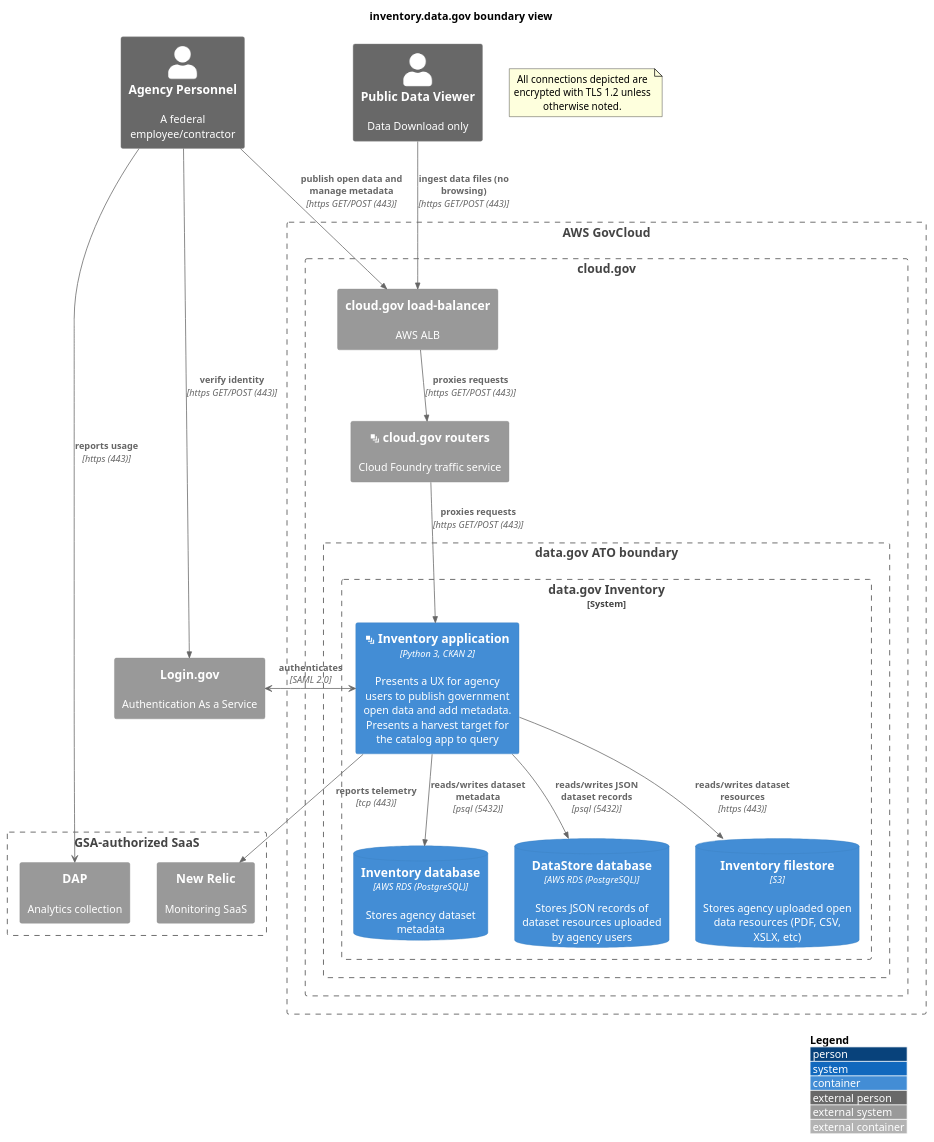
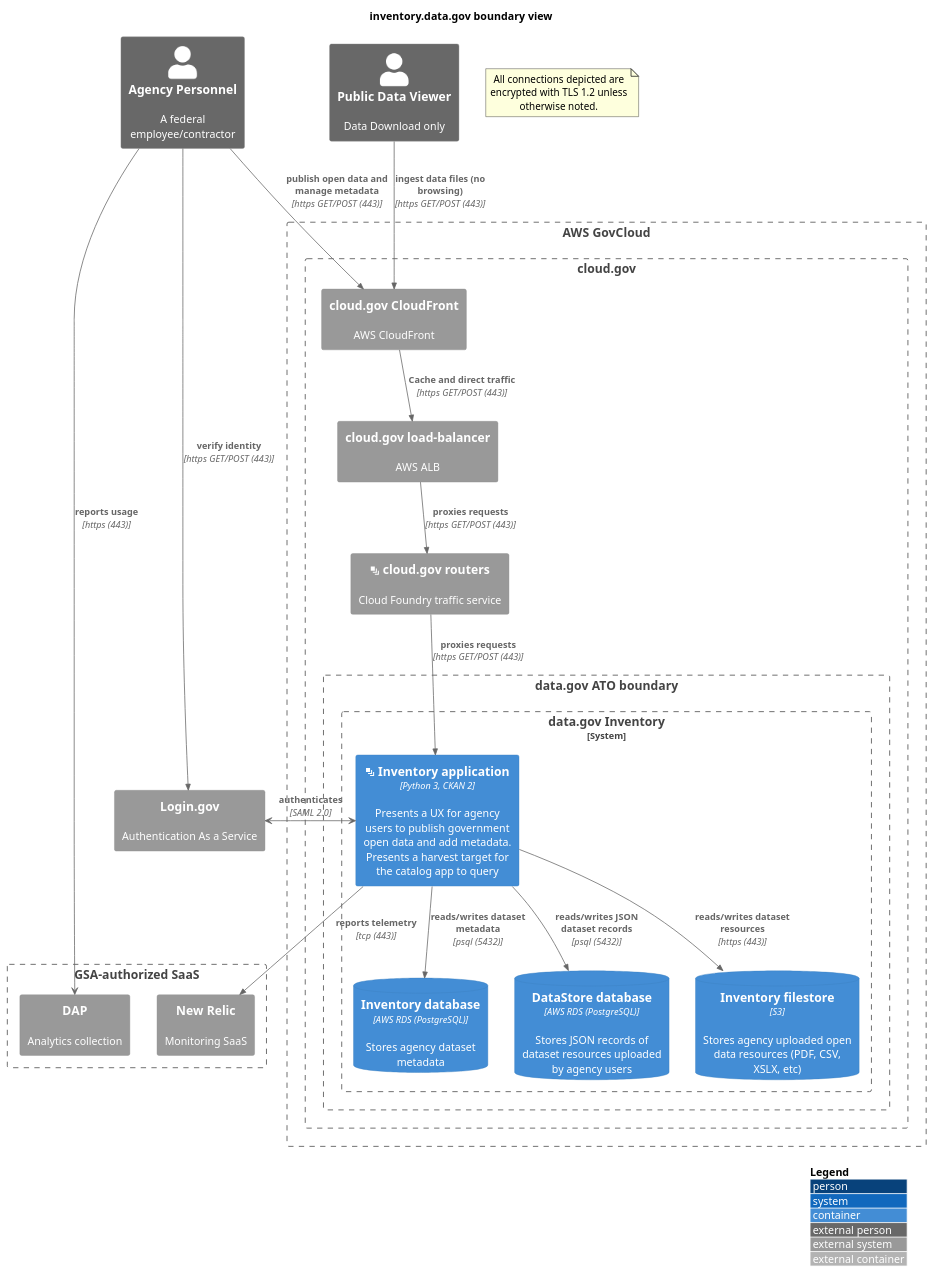
The diagram in apps/inventory.boundary.md (GSA/datagov-compliance), drawn with PlantUML before and after one commit. The commit also changed 1 other file, not shown here.

Commit message:
Update to include CloudFront

````diff
--- a/apps/inventory.boundary.md
+++ b/apps/inventory.boundary.md
@@ -3,45 +3,47 @@
 ```plantuml
 @startuml
 !include https://raw.githubusercontent.com/plantuml-stdlib/C4-PlantUML/master/C4_Container.puml
 ' uncomment the following line and comment the first to use locally
 ' !include C4_Container.puml
 LAYOUT_WITH_LEGEND()
 title inventory.data.gov boundary view
 Person_Ext(personnel, "Agency Personnel", "A federal employee/contractor")
 Person_Ext(public_user, "Public Data Viewer", "Data Download only")
 note as EncryptionNote
 All connections depicted are encrypted with TLS 1.2 unless otherwise noted.
 end note
 Boundary(aws, "AWS GovCloud") {
     Boundary(cloudgov, "cloud.gov") {
+        System_Ext(cloudfront, "cloud.gov CloudFront", "AWS CloudFront")
         System_Ext(aws_alb, "cloud.gov load-balancer", "AWS ALB")
         System_Ext(cloudgov_router, "<&layers> cloud.gov routers", "Cloud Foundry traffic service")
         Boundary(atob, "data.gov ATO boundary") {
             System_Boundary(inventory, "data.gov Inventory") {
                 Container(inventory_app, "<&layers> Inventory application", "Python 3, CKAN 2", "Presents a UX for agency users to publish government open data and add metadata. Presents a harvest target for the catalog app to query")
                 ContainerDb(inventory_db, "Inventory database", "AWS RDS (PostgreSQL)", "Stores agency dataset metadata")
                 ContainerDb(datastore_db, "DataStore database", "AWS RDS (PostgreSQL)", "Stores JSON records of dataset resources uploaded by agency users")
                 ContainerDb(inventory_s3, "Inventory filestore", "S3", "Stores agency uploaded open data resources (PDF, CSV, XSLX, etc)")
             }
         }
     }
 }
 System_Ext(Login.gov, "Login.gov", "Authentication As a Service")
 Boundary(gsa_saas, "GSA-authorized SaaS") {
     System_Ext(dap, "DAP", "Analytics collection")
     System_Ext(newrelic, "New Relic", "Monitoring SaaS")
 }
 personnel -> dap : **reports usage** \n//[https (443)]//
 Rel(inventory_app, newrelic, "reports telemetry", "tcp (443)")
-Rel(personnel, aws_alb, "publish open data and manage metadata", "https GET/POST (443)")
-Rel(public_user, aws_alb, "ingest data files (no browsing)", "https GET/POST (443)")
+Rel(personnel, cloudfront, "publish open data and manage metadata", "https GET/POST (443)")
+Rel(public_user, cloudfront, "ingest data files (no browsing)", "https GET/POST (443)")
+Rel(cloudfront, aws_alb, "Cache and direct traffic", "https GET/POST (443)")
 Rel(aws_alb, cloudgov_router, "proxies requests", "https GET/POST (443)")
 Rel(cloudgov_router, inventory_app, "proxies requests", "https GET/POST (443)")
 inventory_app <-> Login.gov : **authenticates** \n//[SAML 2.0]//
 'Rel(inventory_app, Login.gov, "authenticates", "SAML 2.0")
 Rel(personnel, Login.gov, "verify identity", "https GET/POST (443)")
 Rel(inventory_app, inventory_db, "reads/writes dataset metadata", "psql (5432)")
 Rel(inventory_app, datastore_db, "reads/writes JSON dataset records", "psql (5432)")
 Rel(inventory_app, inventory_s3, "reads/writes dataset resources", "https (443)")
 @enduml
 ```
````
